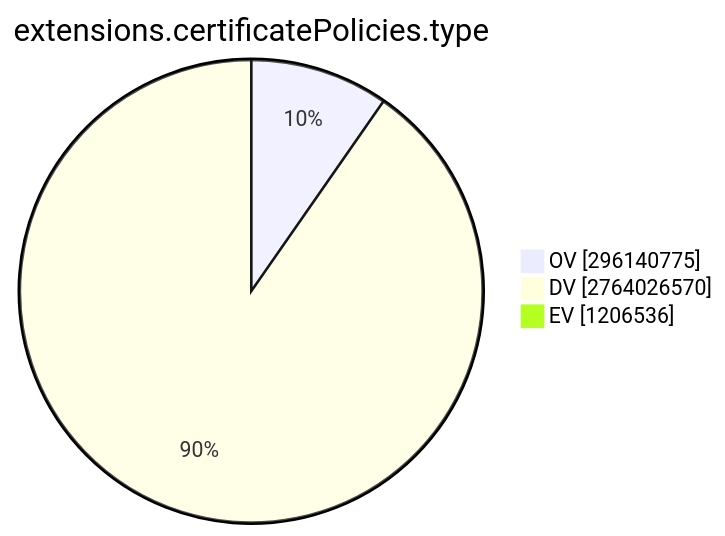
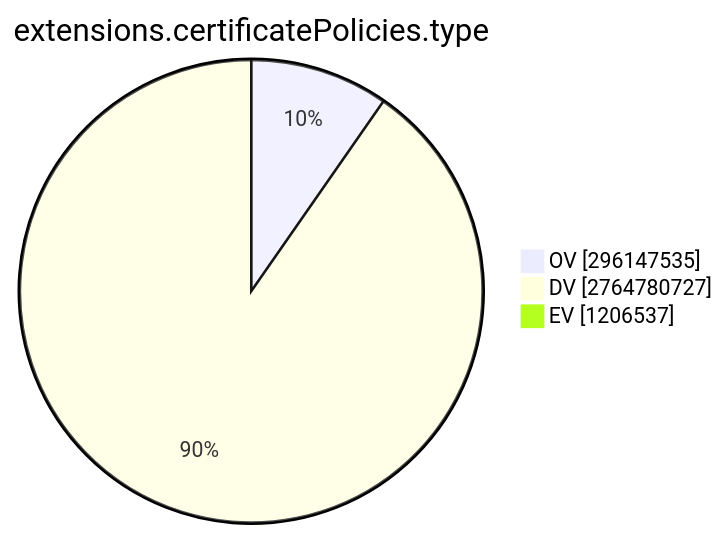
One commit to christiankrug/ctmonitor_visualization changed the ninth of 15 diagrams in TOTAL/README.md. Above: the diagram before and after it, drawn with Mermaid. The commit also changed other lines of this file, not shown here.

````diff
--- a/TOTAL/README.md
+++ b/TOTAL/README.md
@@ -3099,7 +3099,7 @@
 ```mermaid
 pie showData
 title extensions.certificatePolicies.type
-"OV" :296140775
-"DV" :2764026570
-"EV" :1206536
+"OV" :296147535
+"DV" :2764780727
+"EV" :1206537
 ```
````
